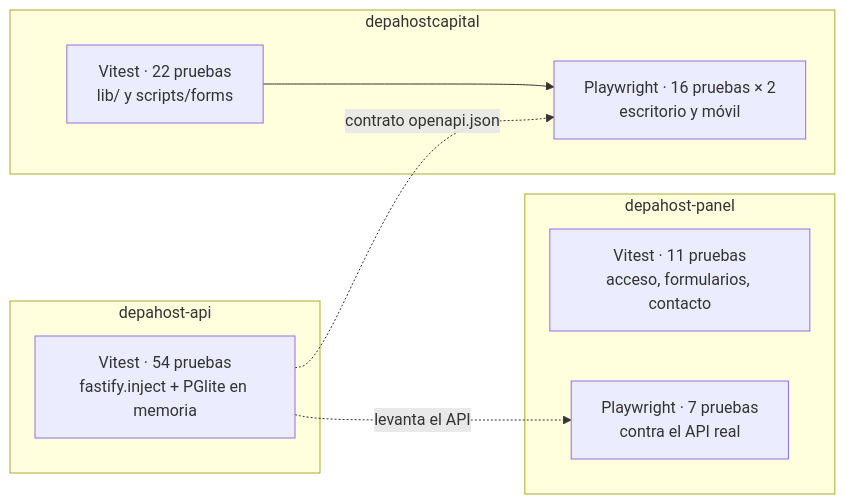
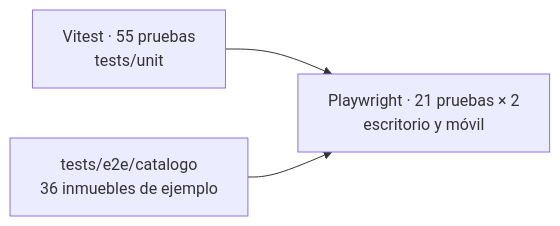
The third of 4 diagrams in docs/plataforma/06-desarrollo-y-operacion.md (samirharrytl/DHC_landing), drawn with Mermaid before and after one commit. The commit also changed other lines of this file and 94 other files, not shown here.

````diff
--- a/docs/plataforma/06-desarrollo-y-operacion.md
+++ b/docs/plataforma/06-desarrollo-y-operacion.md
@@ -316,17 +174,8 @@
 ```mermaid
 flowchart LR
-    subgraph Front["depahostcapital"]
-        U["Vitest · 22 pruebas<br/>lib/ y scripts/forms"]
-        E["Playwright · 16 pruebas × 2<br/>escritorio y móvil"]
-    end
-    subgraph Back["depahost-api"]
-        A["Vitest · 54 pruebas<br/>fastify.inject + PGlite en memoria"]
-    end
-    subgraph Panel["depahost-panel"]
-        PU["Vitest · 11 pruebas<br/>acceso, formularios, contacto"]
-        PE["Playwright · 7 pruebas<br/>contra el API real"]
-    end
+    U["Vitest · 55 pruebas<br/>tests/unit"]
+    E["Playwright · 21 pruebas × 2<br/>escritorio y móvil"]
+    CAT["tests/e2e/catalogo<br/>36 inmuebles de ejemplo"]
     U --> E
-    A -. "contrato openapi.json" .-> E
-    A -. "levanta el API" .-> PE
+    CAT --> E
 ```
````
